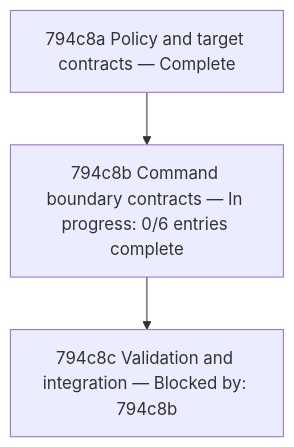
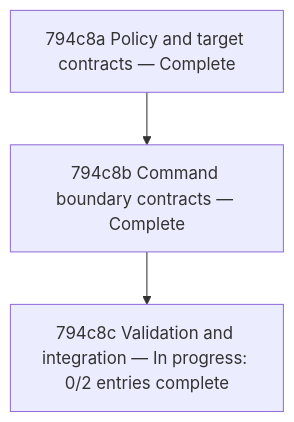
One commit to toejough/engram changed the diagram in docs/changes/794_nilaway-resources/794c_implementation-plan.md. Above: the diagram before and after it, drawn with Mermaid. The commit also changed other lines of this file and 1 other file, not shown here.

First line of the commit message:
docs(794): complete boundary work package checkpoints

````diff
--- a/docs/changes/794_nilaway-resources/794c_implementation-plan.md
+++ b/docs/changes/794_nilaway-resources/794c_implementation-plan.md
@@ -53,8 +53,8 @@
 ```mermaid
 graph TD
     N794c8a["794c8a Policy and target contracts — Complete"]
-    N794c8b["794c8b Command boundary contracts — In progress: 0/6 entries complete"]
-    N794c8c["794c8c Validation and integration — Blocked by: 794c8b"]
+    N794c8b["794c8b Command boundary contracts — Complete"]
+    N794c8c["794c8c Validation and integration — In progress: 0/2 entries complete"]
     N794c8a --> N794c8b
     N794c8b --> N794c8c
 ```
````
